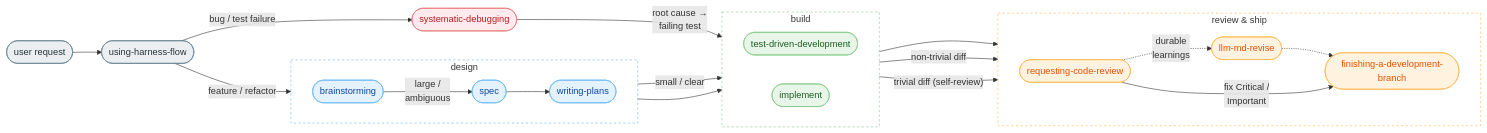
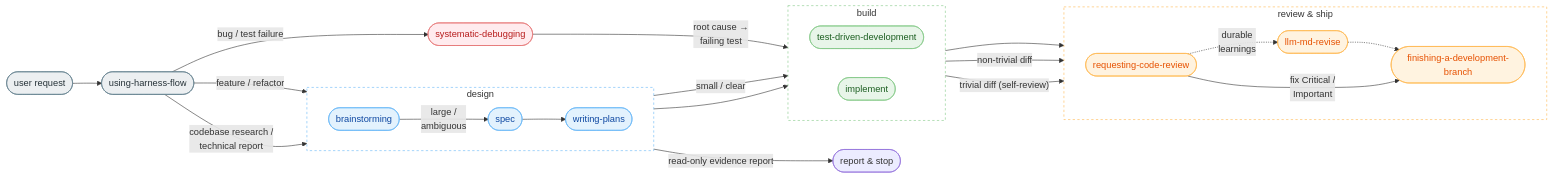
The diagram in README.md (wonjinsin/harness-flow), drawn with Mermaid before and after one commit. The commit also changed other lines of this file and 3 other files, not shown here.

Commit message:
feat(brainstorming): route read-only technical investigations

````diff
--- a/README.md
+++ b/README.md
@@ -42,53 +42,55 @@
 ```mermaid
 flowchart LR
     subgraph DESIGN [design]
         direction LR
         BS(["brainstorming"])
         SPEC(["spec"])
         WP(["writing-plans"])
         BS -- "large /<br/>ambiguous" --> SPEC --> WP
     end
 
     subgraph BUILD [build]
         direction LR
         TDD(["test-driven-development"])
         IMPL(["implement"])
     end
 
     subgraph SHIP [review & ship]
         direction LR
         RCR(["requesting-code-review"])
         LMR(["llm-md-revise"])
         FIN(["finishing-a-development-branch"])
         RCR -. "durable<br/>learnings" .-> LMR -.-> FIN
     end
 
     REQ(["user request"]) --> UHF(["using-harness-flow"])
     UHF -- "feature / refactor" --> BS
+    UHF -- "codebase research /<br/>technical report" --> BS
     UHF -- "bug / test failure" --> SD(["systematic-debugging"])
 
+    BS -- "read-only evidence report" --> REPORT(["report & stop"])
     BS -- "small / clear" --> TDD
     WP --> IMPL
     SD -- "root cause →<br/>failing test" --> TDD
 
     IMPL --> RCR
     TDD -- "non-trivial diff" --> RCR
     TDD -- "trivial diff (self-review)" --> FIN
     RCR -- "fix Critical /<br/>Important" --> FIN
 
     classDef entry fill:#eceff1,stroke:#607d8b,color:#263238
     classDef design fill:#e3f2fd,stroke:#64b5f6,color:#0d47a1
     classDef build fill:#e8f5e9,stroke:#81c784,color:#1b5e20
     classDef ship fill:#fff3e0,stroke:#ffb74d,color:#e65100
     classDef debug fill:#ffebee,stroke:#e57373,color:#b71c1c
 
     class REQ,UHF entry
     class BS,SPEC,WP design
     class TDD,IMPL build
     class RCR,LMR,FIN ship
     class SD debug
 
     style DESIGN fill:none,stroke:#64b5f6,stroke-dasharray:4 4
     style BUILD fill:none,stroke:#81c784,stroke-dasharray:4 4
     style SHIP fill:none,stroke:#ffb74d,stroke-dasharray:4 4
 ```
````
